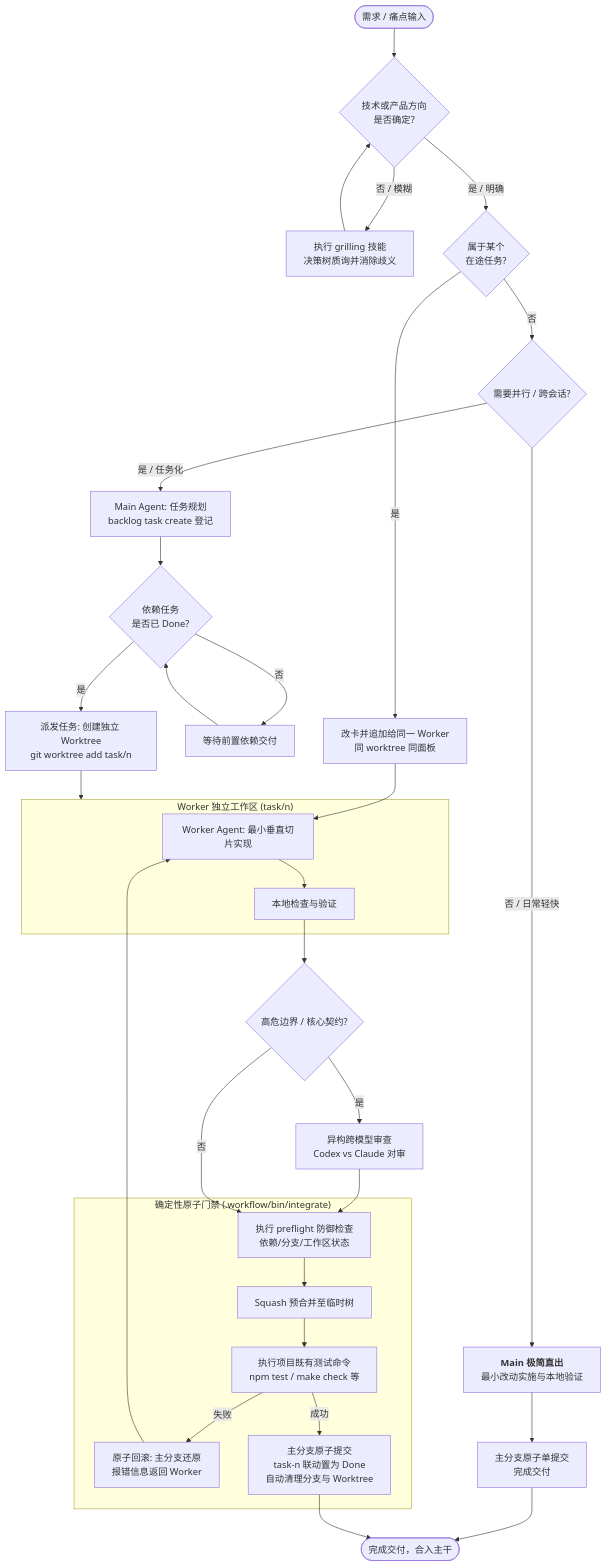
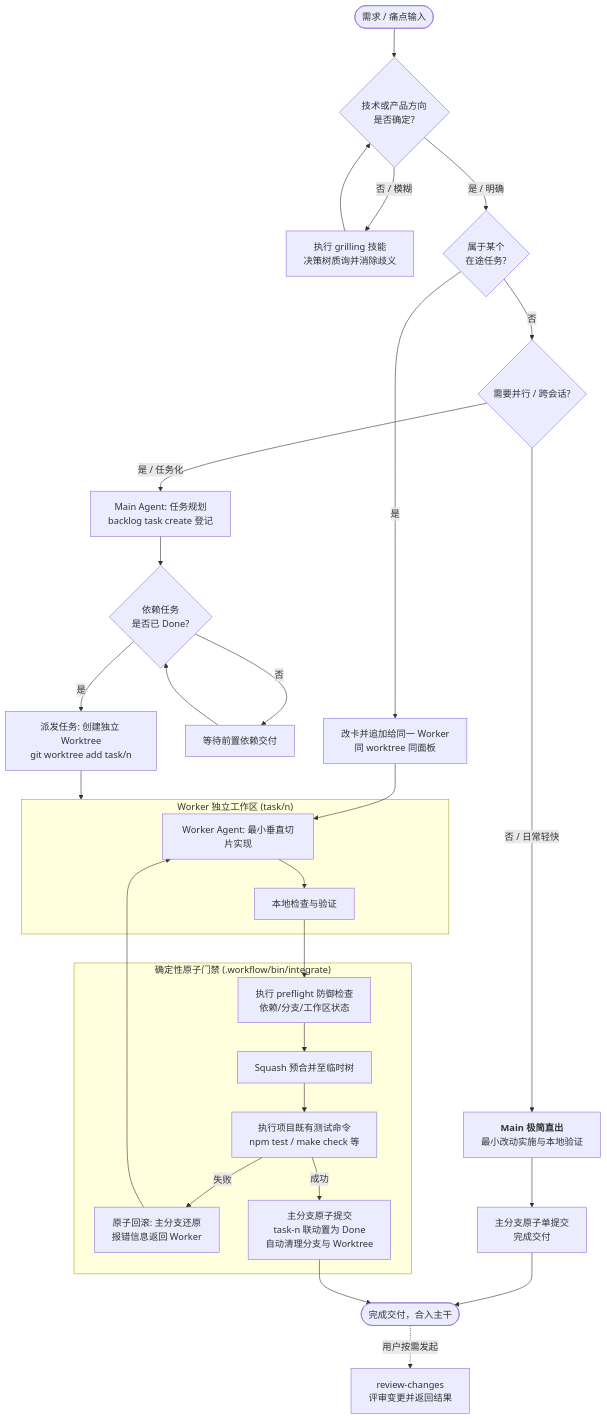
One commit to shiguangwl/Loom-Workflow changed the second of 2 diagrams in README.md. Above: the diagram before and after it, drawn with Mermaid. The commit also changed other lines of this file and 6 other files, not shown here.

````diff
--- a/README.md
+++ b/README.md
@@ -126,47 +153,45 @@
 ```mermaid
 flowchart TD
     Start([需求 / 痛点输入]) --> Clarify{技术或产品方向<br/>是否确定?}
 
     Clarify -- 否 / 模糊 --> Grill["执行 grilling 技能<br/>决策树质询并消除歧义"]
     Grill --> Clarify
 
     Clarify -- 是 / 明确 --> InFlight{属于某个<br/>在途任务?}
     InFlight -- 是 --> Append["改卡并追加给同一 Worker<br/>同 worktree 同面板"]
     Append --> Worker
     InFlight -- 否 --> ScopeCheck{需要并行 / 跨会话?}
 
     ScopeCheck -- 否 / 日常轻快 --> DirectMain["<b>Main 极简直出</b><br/>最小改动实施与本地验证"]
     DirectMain --> MainCommit["主分支原子单提交<br/>完成交付"]
     MainCommit --> End([完成交付，合入主干])
 
     ScopeCheck -- 是 / 任务化 --> Plan["Main Agent: 任务规划<br/>backlog task create 登记"]
     Plan --> CheckDep{依赖任务<br/>是否已 Done?}
     CheckDep -- 否 --> Wait["等待前置依赖交付"]
     Wait --> CheckDep
 
     CheckDep -- 是 --> Dispatch["派发任务: 创建独立 Worktree<br/>git worktree add task/n"]
 
     subgraph WorkerExecution ["Worker 独立工作区 (task/n)"]
         Worker["Worker Agent: 最小垂直切片实现"]
         WorkerTest["本地检查与验证"]
         Worker --> WorkerTest
     end
 
     Dispatch --> WorkerExecution
 
-    WorkerTest --> ReviewCheck{高危边界 / 核心契约?}
-    ReviewCheck -- 是 --> CrossReview["异构跨模型审查<br/>Codex vs Claude 对审"]
-    CrossReview --> Gate
-    ReviewCheck -- 否 --> Gate
+    WorkerTest --> Gate
 
     subgraph IntegrateGate ["确定性原子门禁 (.workflow/bin/integrate)"]
         Gate["执行 preflight 防御检查<br/>依赖/分支/工作区状态"]
         Gate --> Squash["Squash 预合并至临时树"]
         Squash --> RunCheck["执行项目既有测试命令<br/>npm test / make check 等"]
         RunCheck -- 失败 --> Rollback["原子回滚: 主分支还原<br/>报错信息返回 Worker"]
         Rollback --> Worker
         RunCheck -- 成功 --> FinalCommit["主分支原子提交<br/>task-n 联动置为 Done<br/>自动清理分支与 Worktree"]
     end
 
     FinalCommit --> End
+    End -. 用户按需发起 .-> ReviewChanges["review-changes<br/>评审变更并返回结果"]
 ```
````
